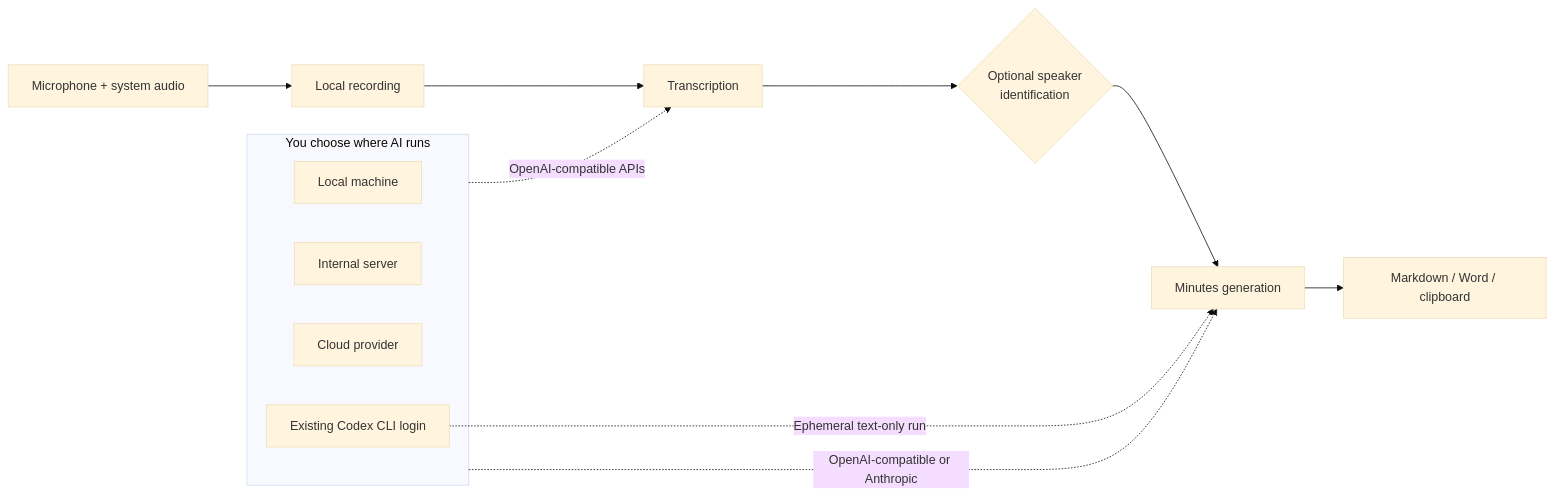
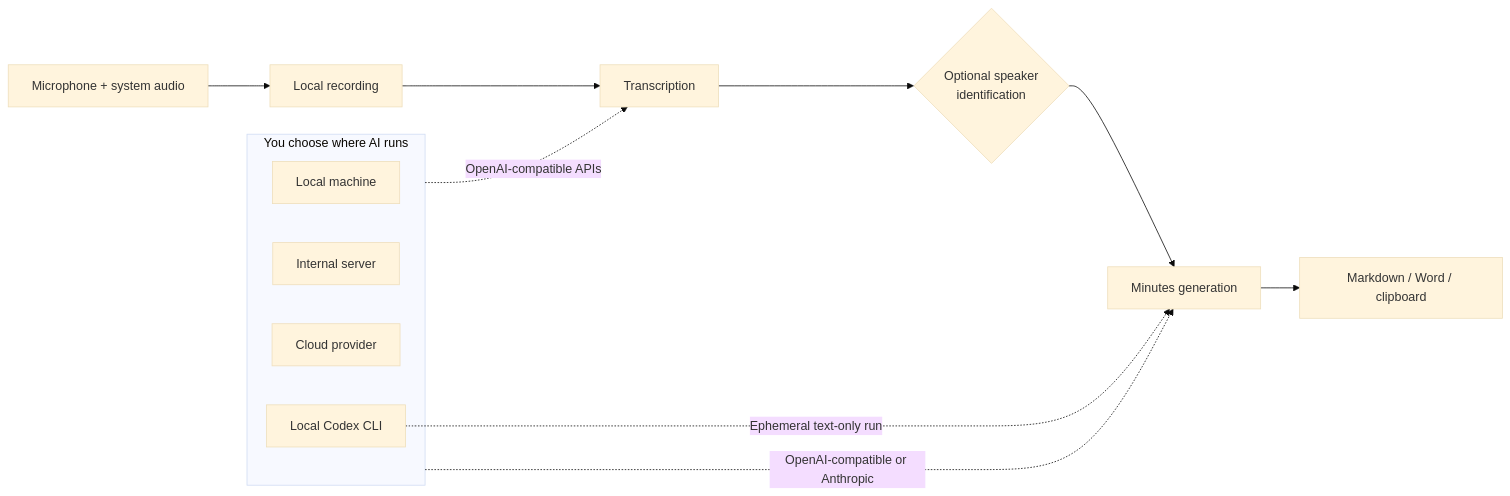
One commit to sockulags/referat changed the diagram in README.md. Above: the diagram before and after it, drawn with Mermaid (base theme). The commit also changed other lines of this file and 4 other files, not shown here.

First line of the commit message:
fix: describe the Codex preset as a plain CLI integration (#43)

````diff
--- a/README.md
+++ b/README.md
@@ -64,19 +63,19 @@
 ```mermaid
 flowchart LR
     A[Microphone + system audio] --> B[Local recording]
     B --> C[Transcription]
     C --> D{Optional speaker\nidentification}
     D --> E[Minutes generation]
     E --> F[Markdown / Word / clipboard]
 
     subgraph Choice[You choose where AI runs]
       L[Local machine]
       I[Internal server]
       P[Cloud provider]
-      K[Existing Codex CLI login]
+      K[Local Codex CLI]
     end
 
     Choice -. OpenAI-compatible APIs .-> C
     Choice -. OpenAI-compatible or Anthropic .-> E
     K -. Ephemeral text-only run .-> E
 ```
````
